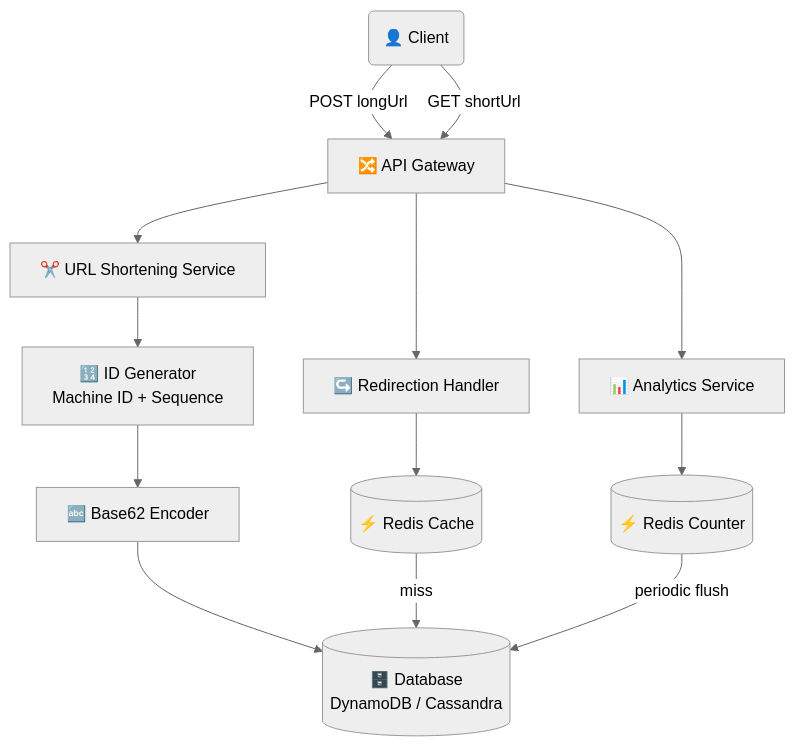
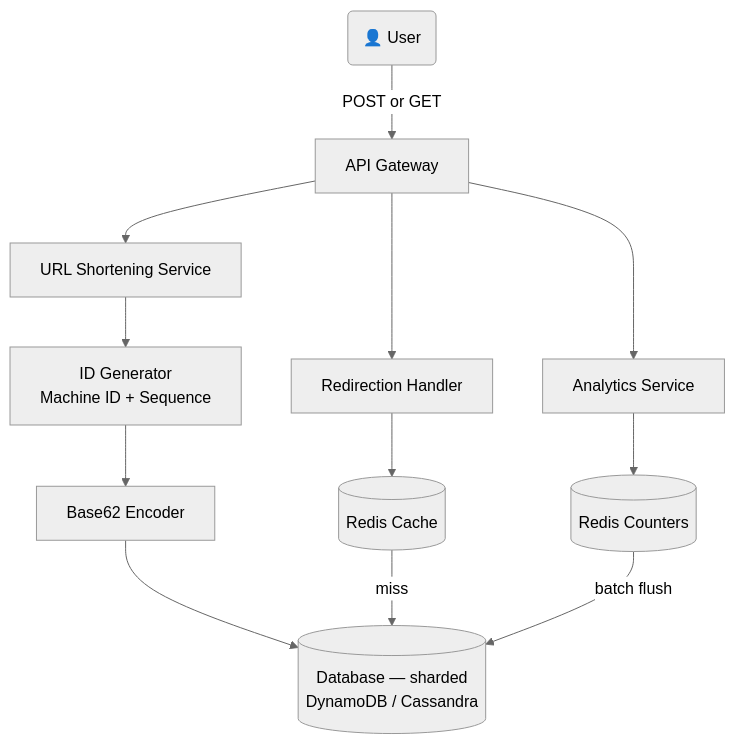
Before and after one commit to gajwala/DSA-Topic-wise: the sixth of 6 diagrams in SYSTEM_DESIGN/URL_SHORTNER.md, drawn with Mermaid (neutral theme). The commit also changed other lines of this file, not shown here.

````diff
--- a/SYSTEM_DESIGN/URL_SHORTNER.md
+++ b/SYSTEM_DESIGN/URL_SHORTNER.md
@@ -207,23 +181,14 @@
 ```mermaid
 flowchart TD
-    Client(👤 Client)
-
-    Client -- POST longUrl --> GW
-    Client -- GET shortUrl --> GW
-
-    GW[🔀 API Gateway]
-
-    GW --> ShortenSvc[✂️ URL Shortening Service]
-    GW --> RedirectHandler[↪️ Redirection Handler]
-    GW --> AnalyticsSvc[📊 Analytics Service]
-
-    ShortenSvc --> IDGen[🔢 ID Generator\nMachine ID + Sequence]
-    IDGen --> Encode[🔤 Base62 Encoder]
-    Encode --> DB[(🗄️ Database\nDynamoDB / Cassandra)]
-
-    RedirectHandler --> Cache[(⚡ Redis Cache)]
-    Cache -- miss --> DB
-
-    AnalyticsSvc --> Redis_Counter[(⚡ Redis Counter)]
-    Redis_Counter -- periodic flush --> DB
+    U(👤 User) -->|POST or GET| GW[API Gateway]
+    GW --> SS[URL Shortening Service]
+    GW --> RH[Redirection Handler]
+    GW --> AS[Analytics Service]
+    SS --> IDG[ID Generator\nMachine ID + Sequence]
+    IDG --> ENC[Base62 Encoder]
+    ENC --> DB[(Database — sharded\nDynamoDB / Cassandra)]
+    RH --> CACHE[(Redis Cache)]
+    CACHE -- miss --> DB
+    AS --> RCNT[(Redis Counters)]
+    RCNT -->|batch flush| DB
 ```
````
